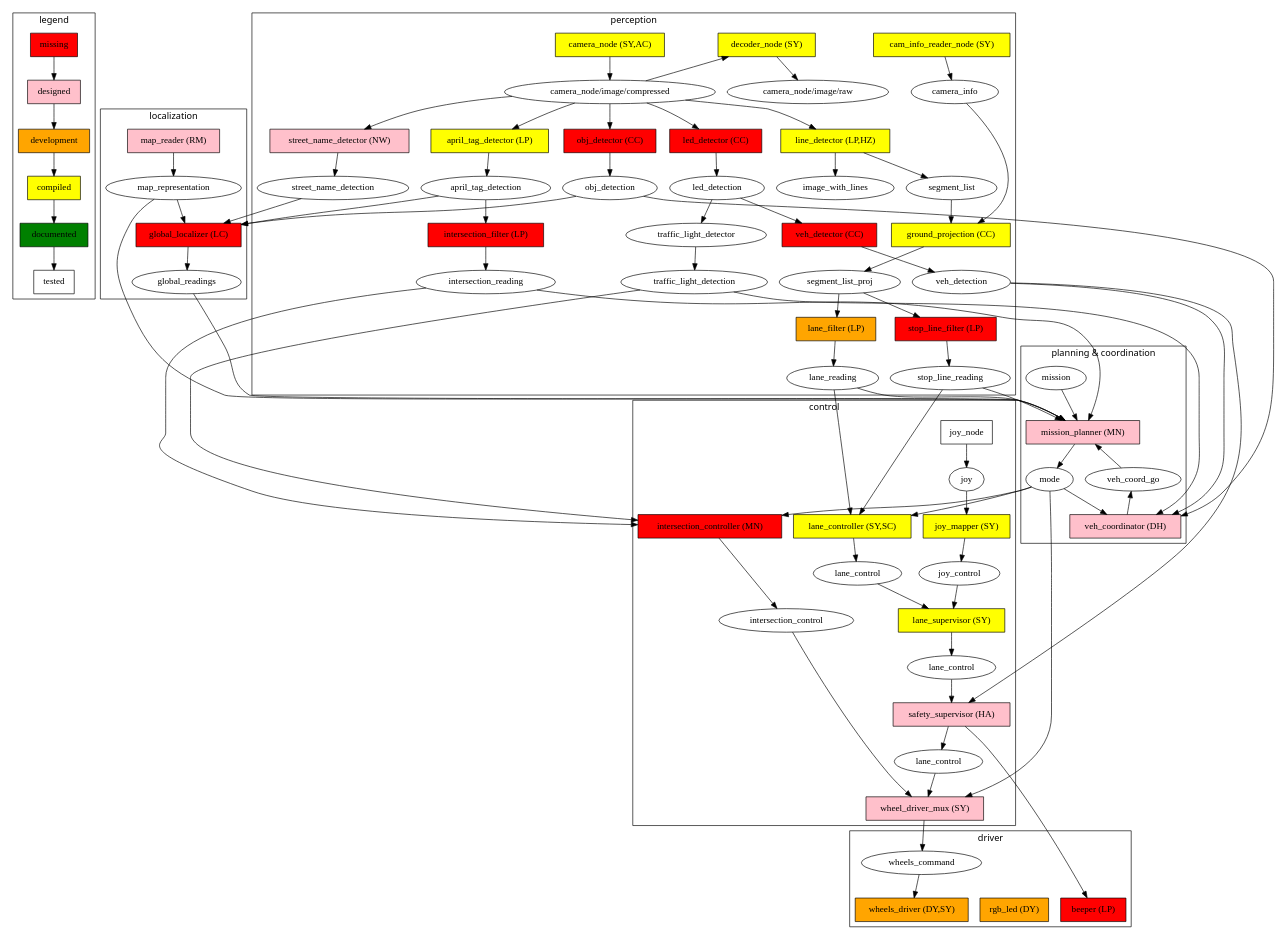
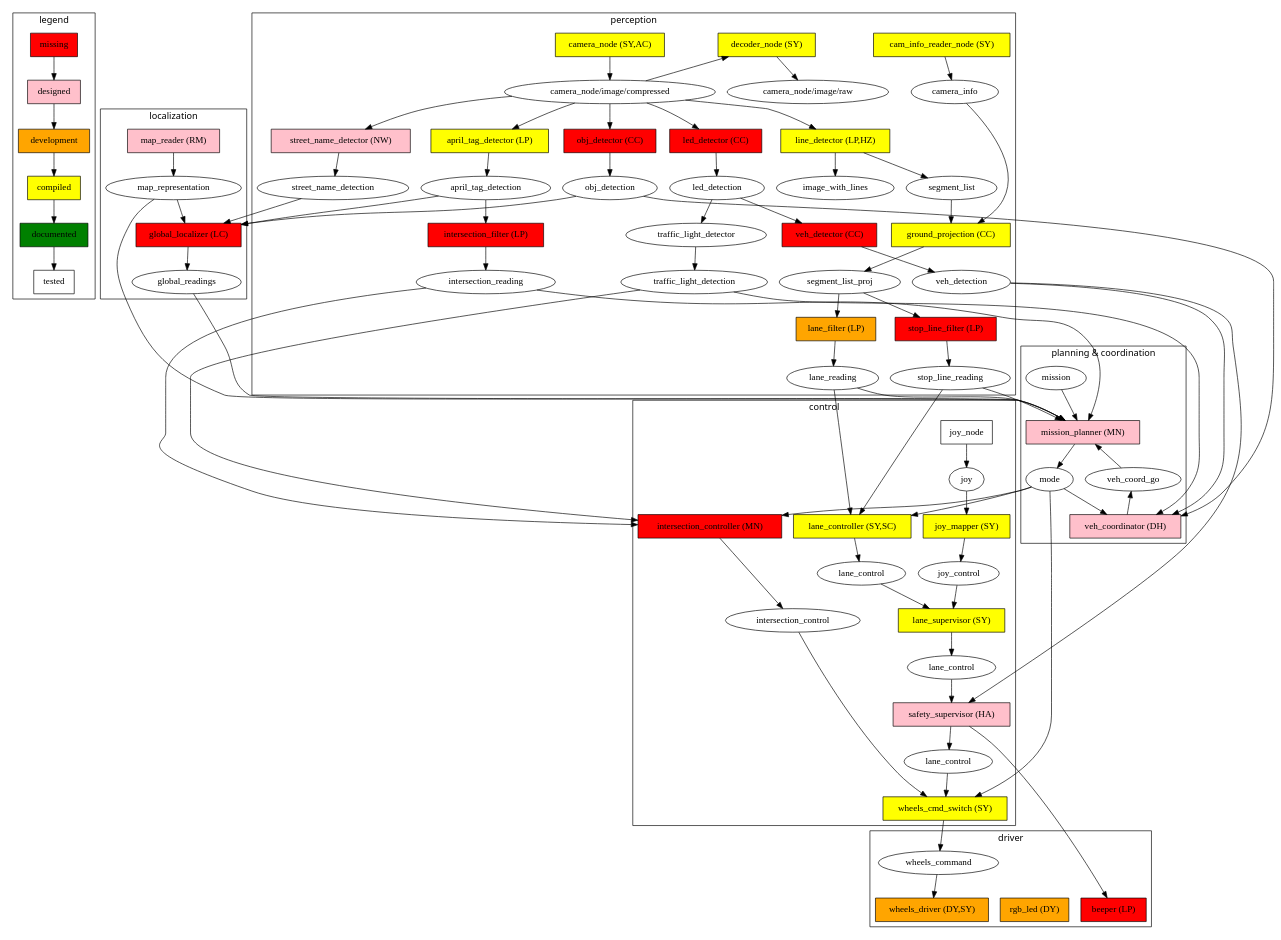
One commit to kungfrank/Knight_car changed the diagram in ros_diagram/Duckietown_ROS_Diagram.dot. Above: the diagram before and after it, drawn with Graphviz. The commit also changed 1 other file, not shown here.

Commit message:
Update ros_diagram. Add draft of duckietown ROS guideline.

```diff
--- a/ros_diagram/Duckietown_ROS_Diagram.dot
+++ b/ros_diagram/Duckietown_ROS_Diagram.dot
@@ -1,6 +1,5 @@
 digraph D {
 	fontname="sans";
-
 
 	subgraph cluster_legend{
 		label="legend"
@@ -41,7 +40,6 @@
 		safety_supervisor[label="safety_supervisor (HA)"];
 		map_reader[label="map_reader (RM)"];
 		veh_coordinator[label="veh_coordinator (DH)"]
-		wheel_driver_mux[label="wheel_driver_mux (SY)"]
 	}
 	subgraph node_development{
 		node [fillcolor=orange];
@@ -51,6 +49,7 @@
 	}
 	subgraph node_compiled{
 		node [fillcolor=yellow];
+		wheels_cmd_switch[label="wheels_cmd_switch (SY)"]
 		camera_node[label="camera_node (SY,AC)"];
 		decoder_node[label="decoder_node (SY)"];
 		cam_info_reader_node[label="cam_info_reader_node (SY)"];
@@ -164,7 +163,7 @@
 		intersection_controller;
 		lane_supervisor;
 		safety_supervisor;
-		wheel_driver_mux;
+		wheels_cmd_switch;
 		// Topics
 		joy_control;
 		joy;
@@ -303,10 +302,10 @@
 	mode->lane_controller;
 	mode->intersection_controller;
 
-	mode->wheel_driver_mux;
-	lane_control_safe->wheel_driver_mux;
-	intersection_control->wheel_driver_mux;
-	wheel_driver_mux->wheels_command;
+	mode->wheels_cmd_switch;
+	lane_control_safe->wheels_cmd_switch;
+	intersection_control->wheels_cmd_switch;
+	wheels_cmd_switch->wheels_command;
 	wheels_command->wheels_driver;
 
 	//TODO annotate msg type.
```
